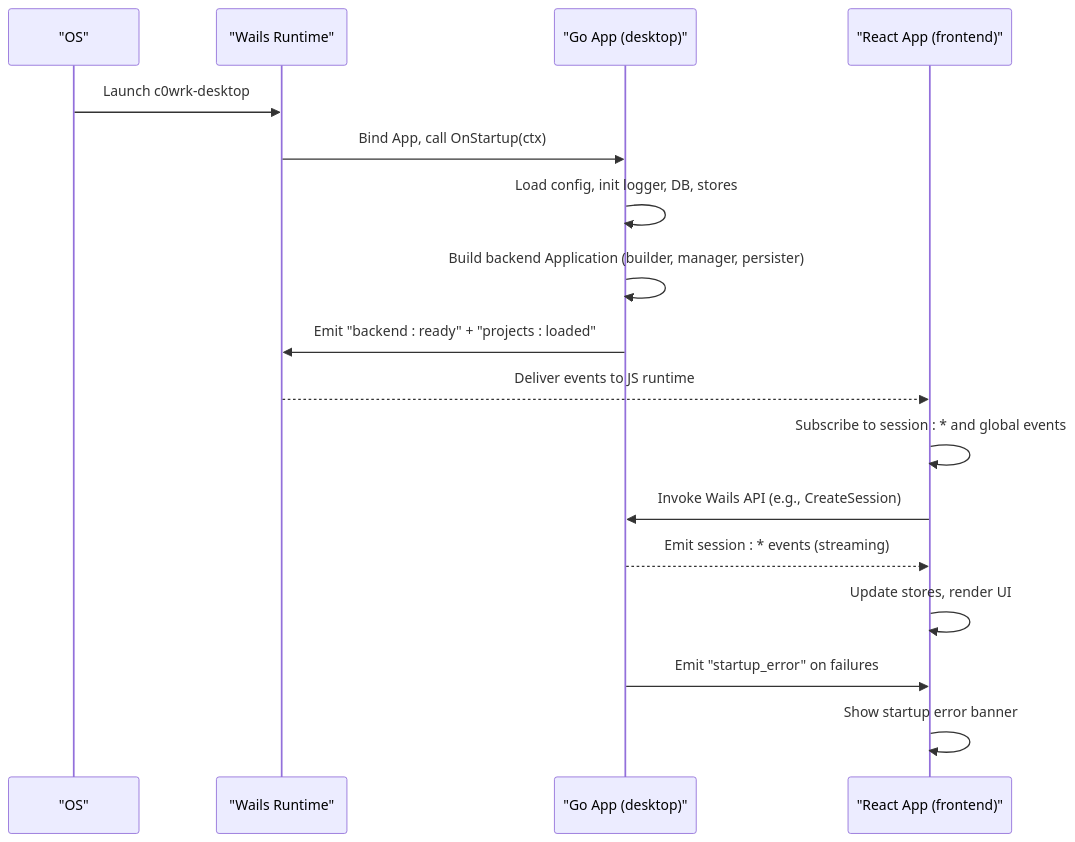
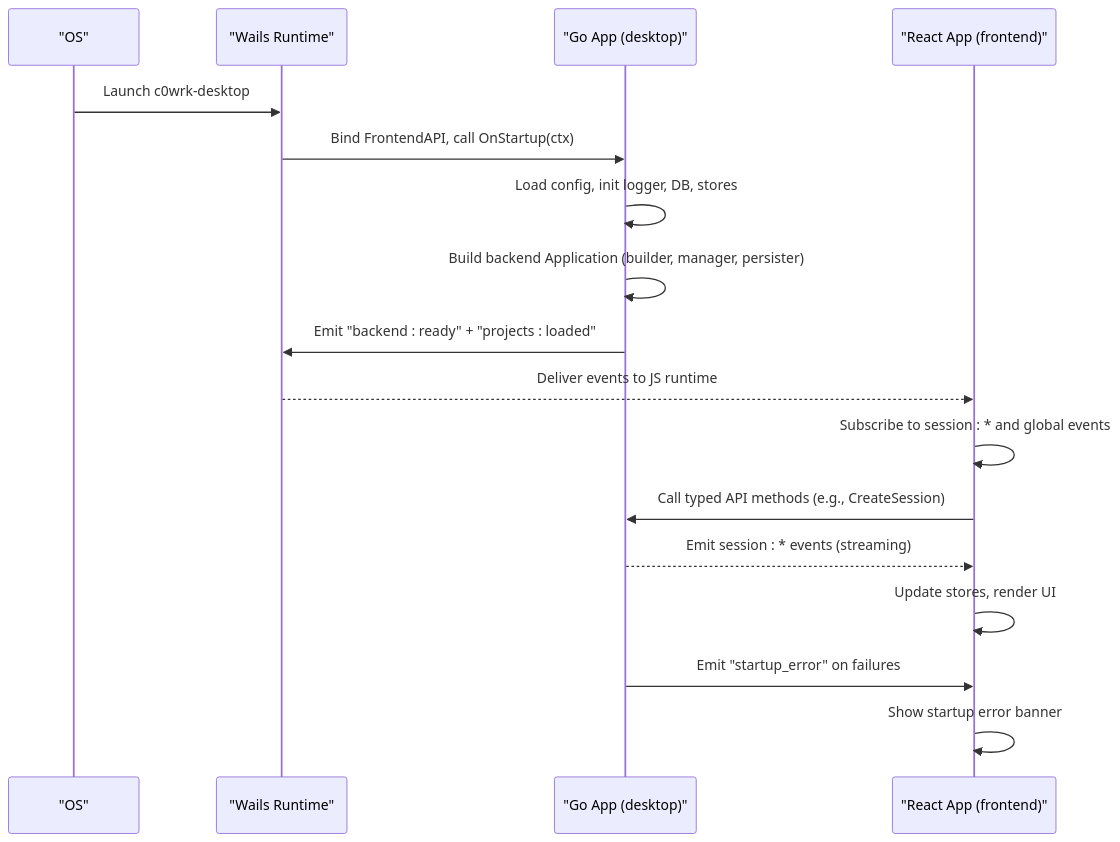
Before and after one commit to v0lka/c0wrk: the second of 3 diagrams in .qoder/repowiki/en/content/Frontend Application/Application Architecture.md, drawn with Mermaid. The commit also changed other lines of this file and 13 other files, not shown here.

````diff
--- a/.qoder/repowiki/en/content/Frontend Application/Application Architecture.md
+++ b/.qoder/repowiki/en/content/Frontend Application/Application Architecture.md
@@ -125,19 +183,19 @@
 ```mermaid
 sequenceDiagram
 participant OS as "OS"
 participant Wails as "Wails Runtime"
 participant Go as "Go App (desktop)"
 participant React as "React App (frontend)"
 OS->>Wails : Launch c0wrk-desktop
-Wails->>Go : Bind App, call OnStartup(ctx)
+Wails->>Go : Bind FrontendAPI, call OnStartup(ctx)
 Go->>Go : Load config, init logger, DB, stores
 Go->>Go : Build backend Application (builder, manager, persister)
 Go->>Wails : Emit "backend : ready" + "projects : loaded"
 Wails-->>React : Deliver events to JS runtime
 React->>React : Subscribe to session : * and global events
-React->>Go : Invoke Wails API (e.g., CreateSession)
+React->>Go : Call typed API methods (e.g., CreateSession)
 Go-->>React : Emit session : * events (streaming)
 React->>React : Update stores, render UI
 Go->>React : Emit "startup_error" on failures
 React->>React : Show startup error banner
 ```
````
